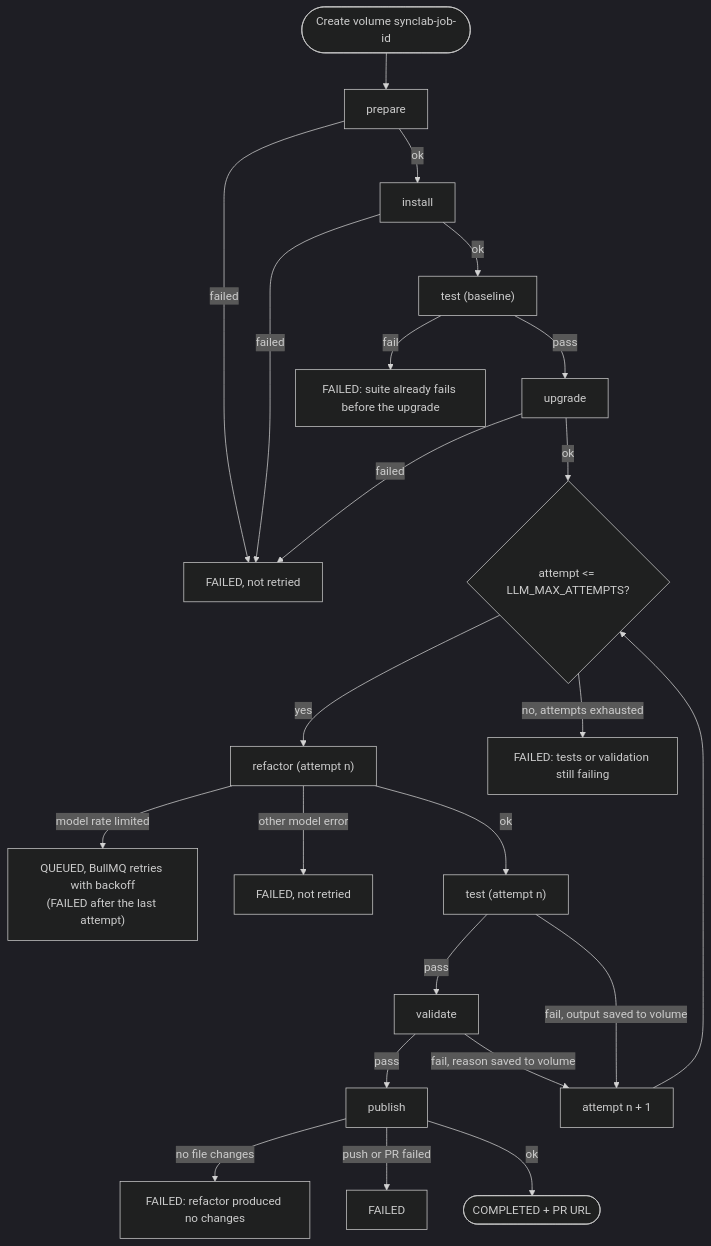
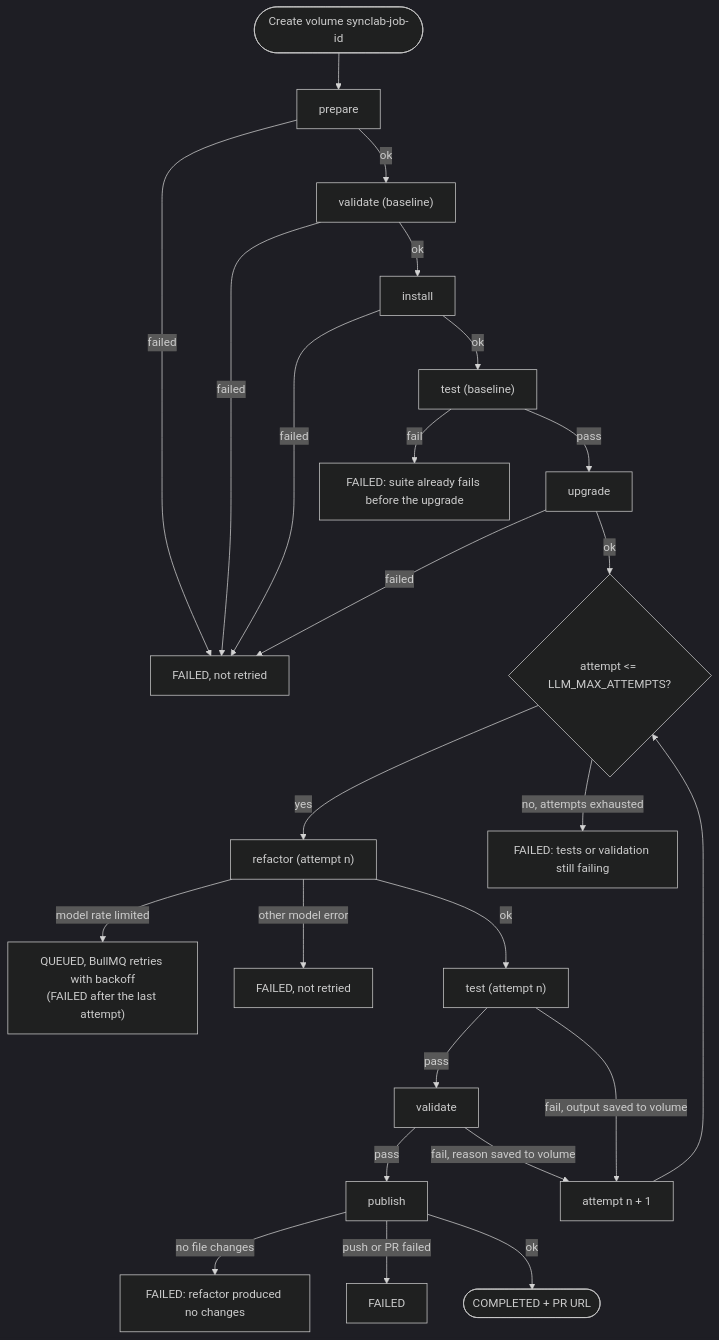
The fifth of 6 diagrams in README.md (kiet08hogit/SyncLab), drawn with Mermaid (dark theme) before and after one commit. The commit also changed other lines of this file and 16 other files, not shown here.

````diff
--- a/README.md
+++ b/README.md
@@ -221,24 +221,26 @@
 ```mermaid
 flowchart TD
     START(["Create volume synclab-job-id"]) --> PREP["prepare"]
     PREP -- failed --> F1["FAILED, not retried"]
-    PREP -- ok --> INST["install"]
+    PREP -- ok --> VBASE["validate (baseline)"]
+    VBASE -- failed --> F1
+    VBASE -- ok --> INST["install"]
     INST -- failed --> F1
     INST -- ok --> BASE["test (baseline)"]
     BASE -- fail --> F0["FAILED: suite already fails before the upgrade"]
     BASE -- pass --> UPG["upgrade"]
     UPG -- failed --> F1
     UPG -- ok --> LOOP{"attempt <= LLM_MAX_ATTEMPTS?"}
     LOOP -- yes --> REF["refactor (attempt n)"]
     REF -- "model rate limited" --> F2["QUEUED, BullMQ retries with backoff<br/>(FAILED after the last attempt)"]
     REF -- "other model error" --> F3["FAILED, not retried"]
     REF -- ok --> TEST["test (attempt n)"]
     TEST -- pass --> VAL["validate"]
     TEST -- "fail, output saved to volume" --> NEXT["attempt n + 1"] --> LOOP
     VAL -- pass --> PUB["publish"]
     VAL -- "fail, reason saved to volume" --> NEXT
     LOOP -- "no, attempts exhausted" --> F4["FAILED: tests or validation still failing"]
     PUB -- "no file changes" --> F5["FAILED: refactor produced no changes"]
     PUB -- "push or PR failed" --> F6["FAILED"]
     PUB -- ok --> DONE(["COMPLETED + PR URL"])
 ```
````
